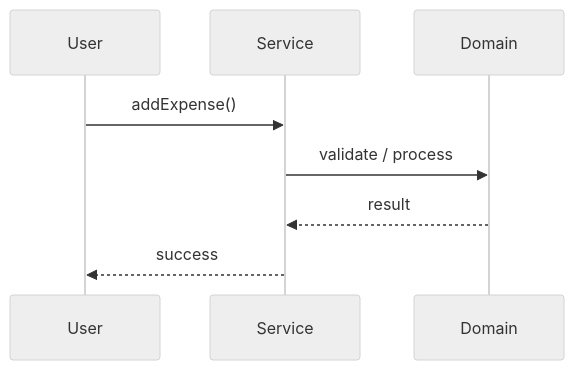
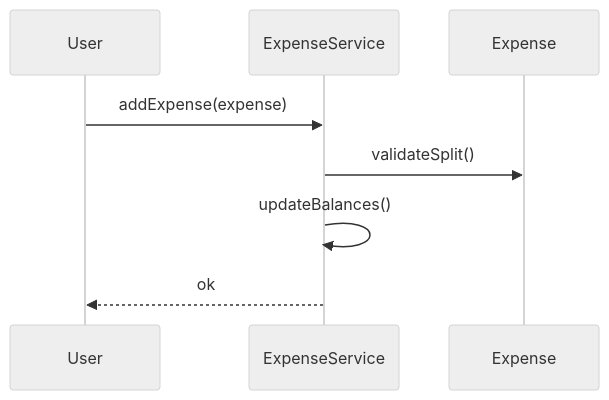
The second of 3 diagrams in Learn/System Design - Low Level Design/02-classic-ood/questions/Q18-splitwise.md (madhupaila/Interview-Prep-SSE), drawn with Mermaid (neutral theme) before and after one commit. The commit also changed other lines of this file and 491 other files, not shown here.

````diff
--- a/Learn/System Design - Low Level Design/02-classic-ood/questions/Q18-splitwise.md
+++ b/Learn/System Design - Low Level Design/02-classic-ood/questions/Q18-splitwise.md
@@ -122,10 +145,10 @@
 ```mermaid
 sequenceDiagram
-    participant U as User
-    participant S as Service
-    participant D as Domain
-    U->>S: addExpense()
-    S->>D: validate / process
-    D-->>S: result
-    S-->>U: success
+participant U as User
+participant S as ExpenseService
+participant E as Expense
+U->>S: addExpense(expense)
+S->>E: validateSplit()
+S->>S: updateBalances()
+S-->>U: ok
 ```
````
